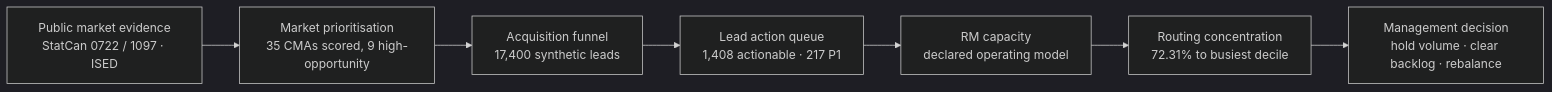
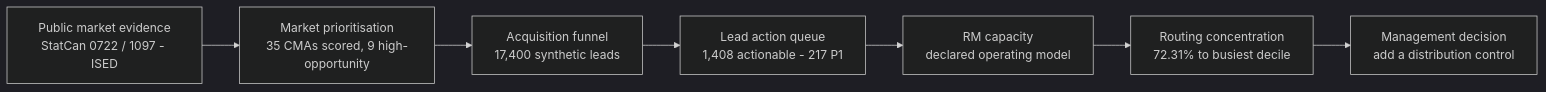
Before and after one commit to Abhijit2409/ai_assisted_sme_growth_lead_routing: the first of 2 diagrams in README.md, drawn with Mermaid (dark theme). The commit also changed other lines of this file and 2 other files, not shown here.

````diff
--- a/README.md
+++ b/README.md
@@ -141,9 +173,9 @@
 ```mermaid
 flowchart LR
-    A["Public market evidence<br/>StatCan 0722 / 1097 · ISED"] --> B["Market prioritisation<br/>35 CMAs scored, 9 high-opportunity"]
+    A["Public market evidence<br/>StatCan 0722 / 1097 - ISED"] --> B["Market prioritisation<br/>35 CMAs scored, 9 high-opportunity"]
     B --> C["Acquisition funnel<br/>17,400 synthetic leads"]
-    C --> D["Lead action queue<br/>1,408 actionable · 217 P1"]
+    C --> D["Lead action queue<br/>1,408 actionable - 217 P1"]
     D --> E["RM capacity<br/>declared operating model"]
     E --> F["Routing concentration<br/>72.31% to busiest decile"]
-    F --> G["Management decision<br/>hold volume · clear backlog · rebalance"]
+    F --> G["Management decision<br/>add a distribution control"]
 ```
````
